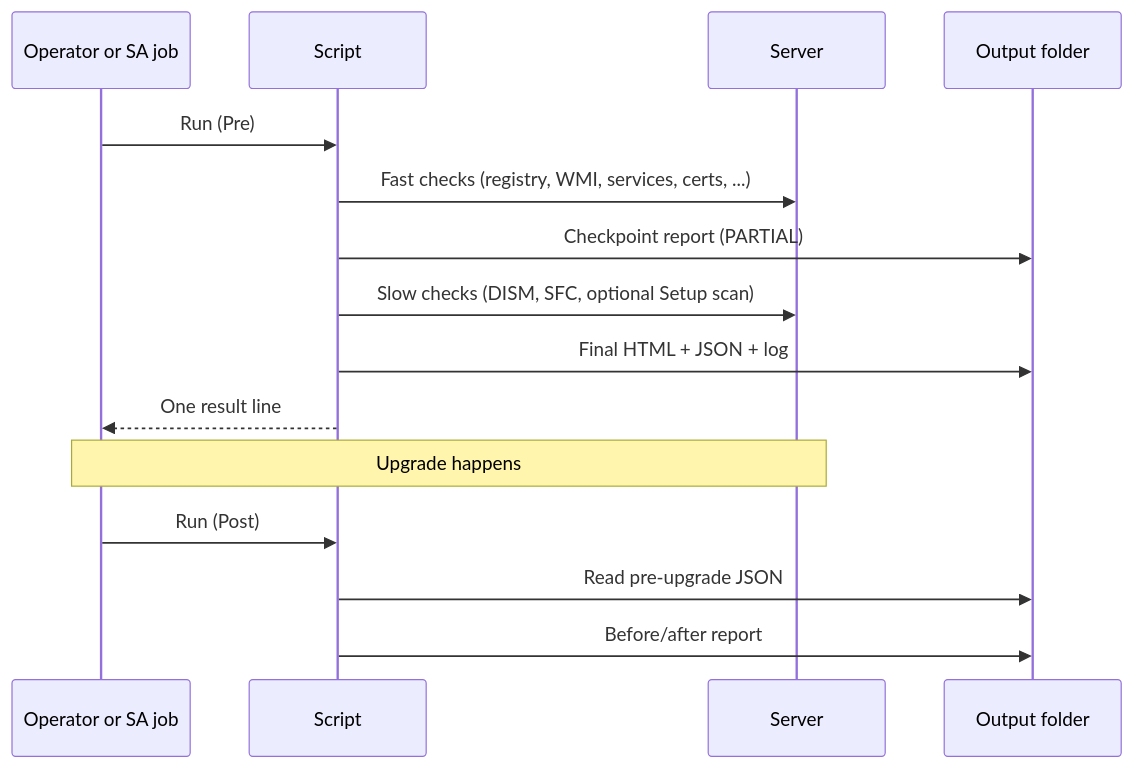
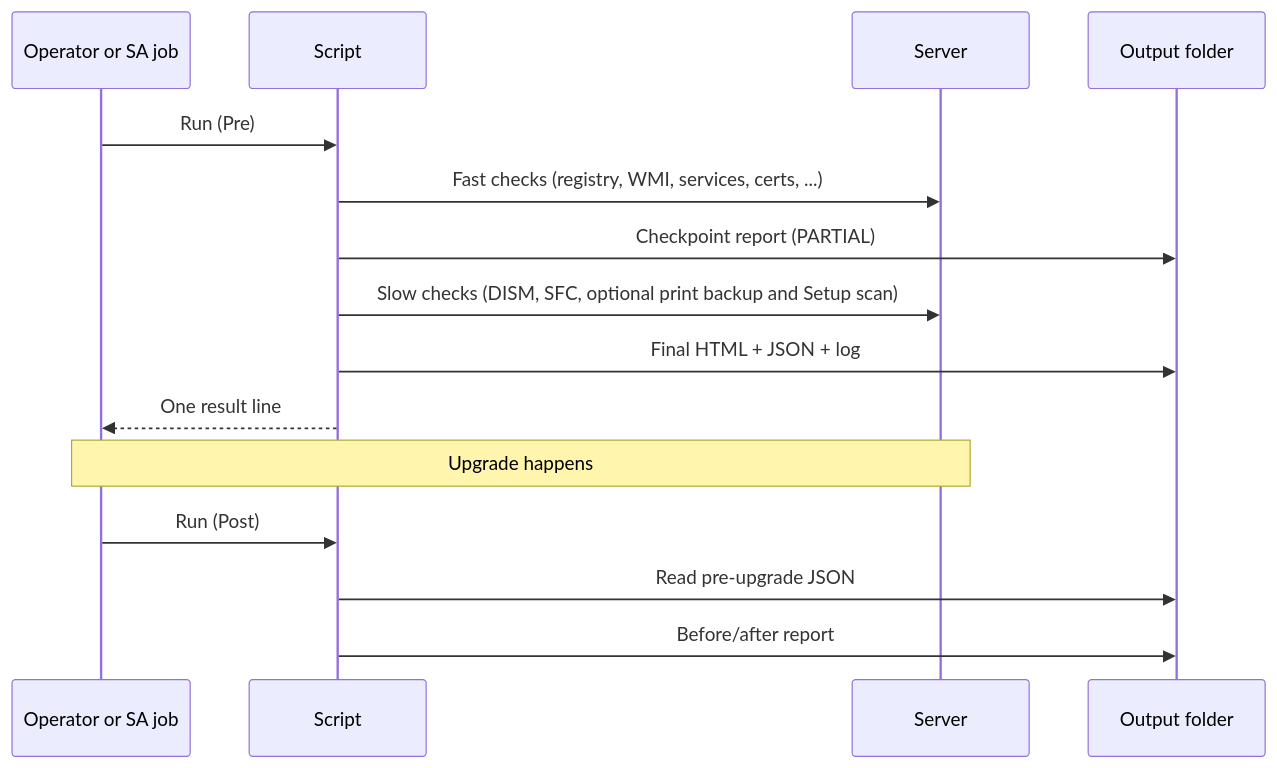
The first of 7 diagrams in docs/user-guide.md (JeanKadang/IPU-ReadinessAssessment), drawn with Mermaid before and after one commit. The commit also changed other lines of this file and 14 other files, not shown here.

````diff
--- a/docs/user-guide.md
+++ b/docs/user-guide.md
@@ -32,17 +32,17 @@
 ```mermaid
 sequenceDiagram
     participant Op as Operator or SA job
     participant S as Script
     participant Srv as Server
     participant Out as Output folder
     Op->>S: Run (Pre)
     S->>Srv: Fast checks (registry, WMI, services, certs, ...)
     S->>Out: Checkpoint report (PARTIAL)
-    S->>Srv: Slow checks (DISM, SFC, optional Setup scan)
+    S->>Srv: Slow checks (DISM, SFC, optional print backup and Setup scan)
     S->>Out: Final HTML + JSON + log
     S-->>Op: One result line
     Note over Op,Srv: Upgrade happens
     Op->>S: Run (Post)
     S->>Out: Read pre-upgrade JSON
     S->>Out: Before/after report
 ```
````
